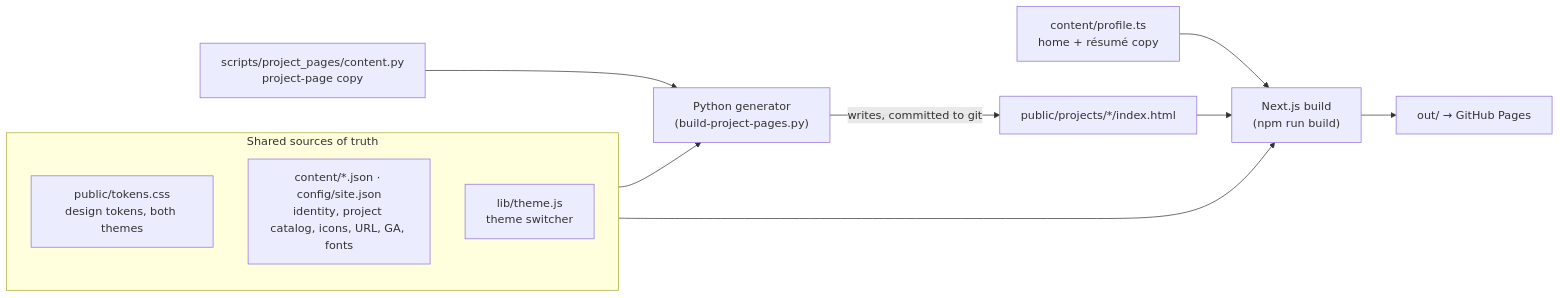
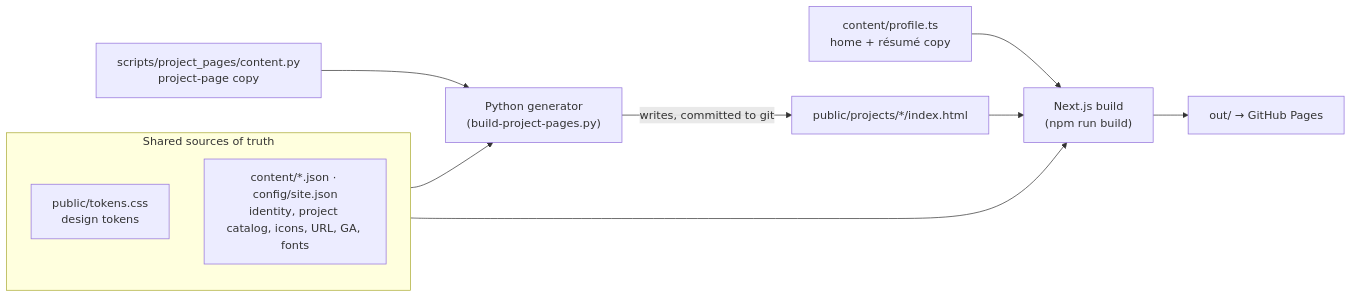
One commit to CooperDenny/CooperDenny.github.io changed the first of 2 diagrams in docs/architecture.md. Above: the diagram before and after it, drawn with Mermaid. The commit also changed other lines of this file and 32 other files, not shown here.

````diff
--- a/docs/architecture.md
+++ b/docs/architecture.md
@@ -21,15 +21,14 @@
 ```mermaid
 flowchart LR
   subgraph shared["Shared sources of truth"]
-    T["public/tokens.css<br/>design tokens, both themes"]
+    T["public/tokens.css<br/>design tokens"]
     J["content/*.json · config/site.json<br/>identity, project catalog, icons, URL, GA, fonts"]
-    S["lib/theme.js<br/>theme switcher"]
   end
   P["content/profile.ts<br/>home + résumé copy"] --> N["Next.js build<br/>(npm run build)"]
   C["scripts/project_pages/content.py<br/>project-page copy"] --> G["Python generator<br/>(build-project-pages.py)"]
   shared --> N
   shared --> G
   G -->|"writes, committed to git"| PP["public/projects/*/index.html"]
   PP --> N
   N --> O["out/ → GitHub Pages"]
 ```
````
